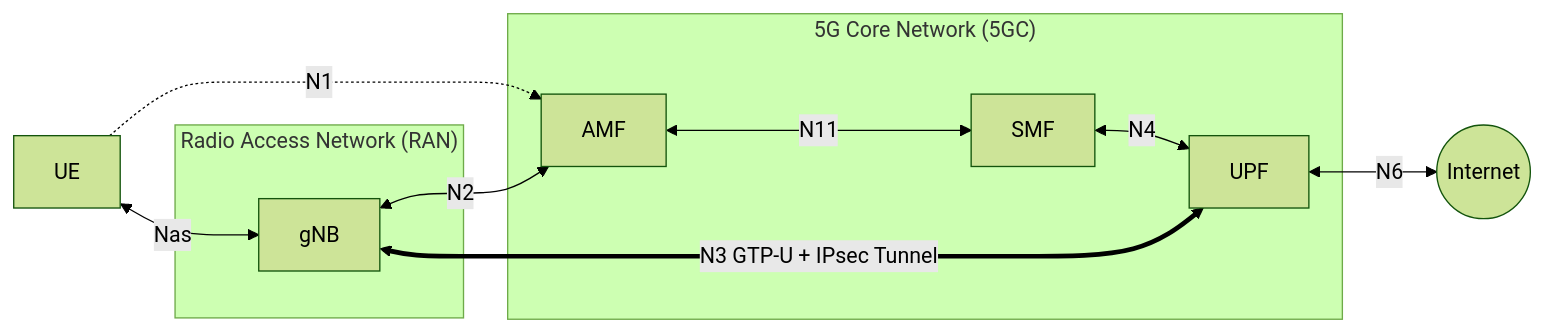
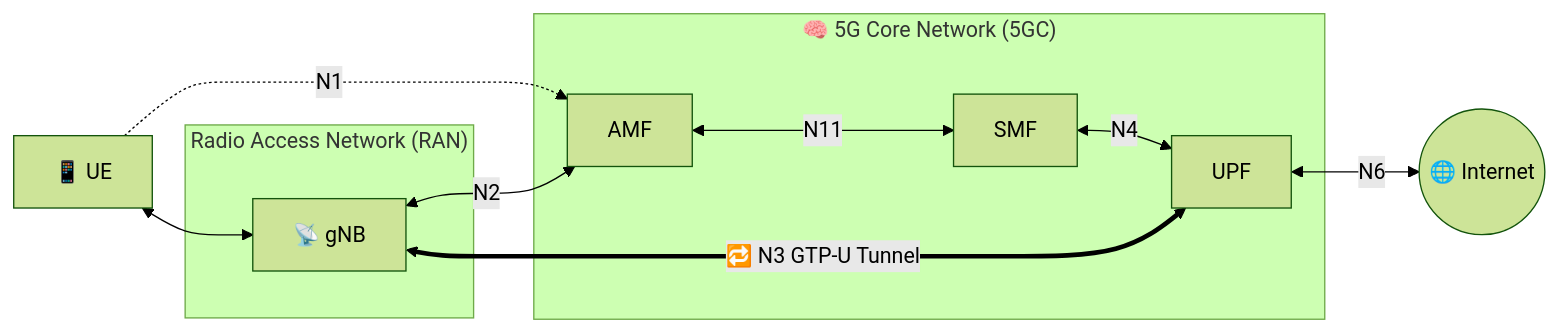
The diagram in docs/mermaid/5g_architecture.mmd (wenkey-gm/quicup-evaluation), drawn with Mermaid (forest theme) before and after one commit. The commit also changed 9 other files, not shown here.

```diff
--- a/docs/mermaid/5g_architecture.mmd
+++ b/docs/mermaid/5g_architecture.mmd
@@ -1,24 +1,24 @@
 flowchart LR
 
-    UE[UE]
+    UE[📱 UE]
 
    subgraph RAN["Radio Access Network (RAN)"]
-        gNB[gNB]
+        gNB[📡 gNB]
     end
 
-    subgraph 5GC["5G Core Network (5GC)"]
+    subgraph 5GC["🧠 5G Core Network (5GC)"]
         AMF[AMF]
         SMF[SMF]
         UPF[UPF]
     end
 
-    Internet((Internet))
+    Internet((🌐 Internet))
     
     UE -.->|N1| AMF
-    UE <-->|Nas| gNB
+    UE <--> gNB
     gNB <-->|N2| AMF
     AMF <-->|N11| SMF
     SMF <-->|N4| UPF
 
-    gNB <==>|N3 GTP-U + IPsec Tunnel| UPF
+    gNB <==>|🔁 N3 GTP-U Tunnel| UPF
     UPF <-->|N6| Internet
```
